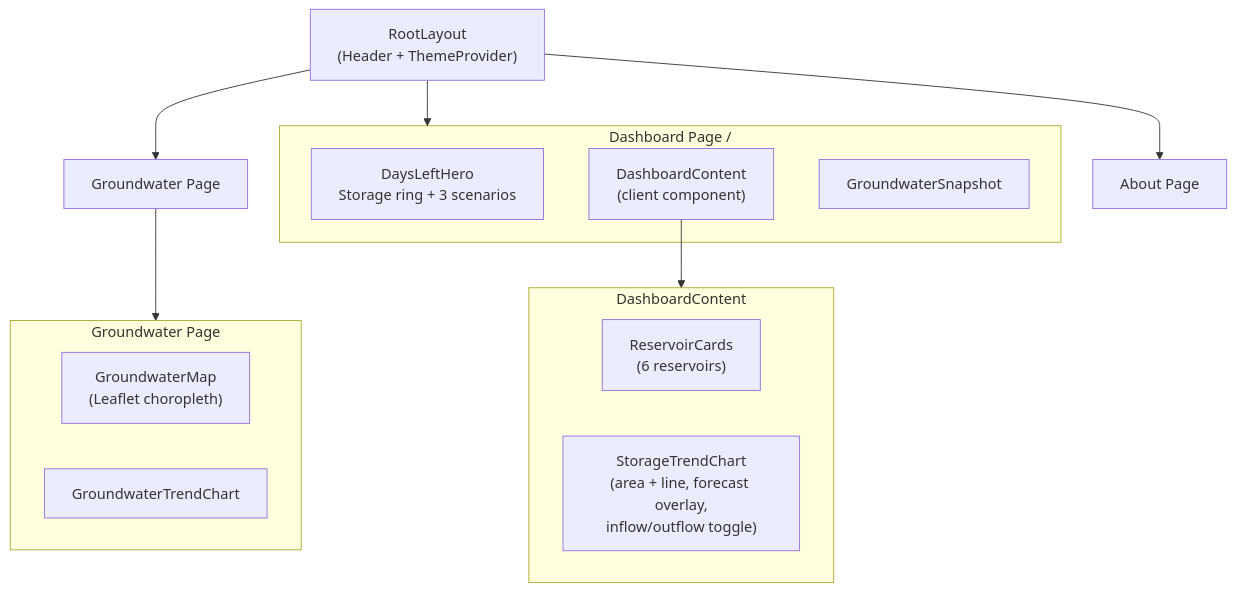
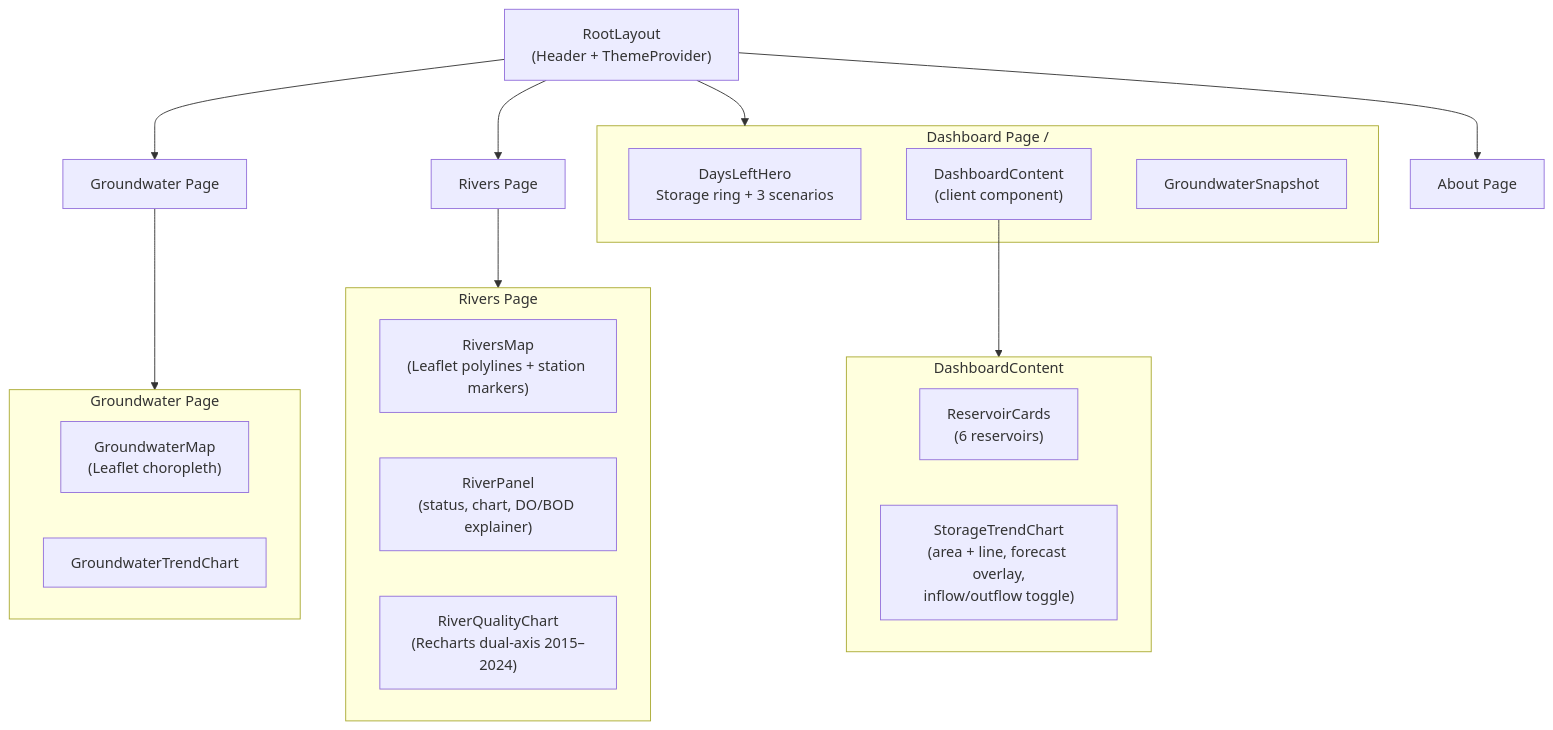
One commit to SundareshPrasanna/neer-vazhvu changed the fifth of 5 diagrams in ARCHITECTURE.md. Above: the diagram before and after it, drawn with Mermaid. The commit also changed other lines of this file and 17 other files, not shown here.

Commit message:
River Health Dashboard — 4 rivers, CPCB quality map, DO/BOD charts

````diff
--- a/ARCHITECTURE.md
+++ b/ARCHITECTURE.md
@@ -223,28 +230,37 @@
 ```mermaid
 graph TD
     Layout["RootLayout<br/>(Header + ThemeProvider)"]
 
     Layout --> Dashboard
     Layout --> GW["Groundwater Page"]
+    Layout --> RV["Rivers Page"]
     Layout --> About["About Page"]
 
     subgraph Dashboard["Dashboard Page /"]
         DLH["DaysLeftHero<br/>Storage ring + 3 scenarios"]
         DC["DashboardContent<br/>(client component)"]
         GWS["GroundwaterSnapshot"]
     end
 
     subgraph DC_Children["DashboardContent"]
         RC["ReservoirCards<br/>(6 reservoirs)"]
         STC["StorageTrendChart<br/>(area + line, forecast overlay,<br/>inflow/outflow toggle)"]
     end
 
     DC --> DC_Children
 
     subgraph GW_Children["Groundwater Page"]
         GM["GroundwaterMap<br/>(Leaflet choropleth)"]
         GT["GroundwaterTrendChart"]
     end
 
     GW --> GW_Children
+
+    subgraph RV_Children["Rivers Page"]
+        RM["RiversMap<br/>(Leaflet polylines + station markers)"]
+        RP["RiverPanel<br/>(status, chart, DO/BOD explainer)"]
+        RQC["RiverQualityChart<br/>(Recharts dual-axis 2015–2024)"]
+    end
+
+    RV --> RV_Children
 ```
````
